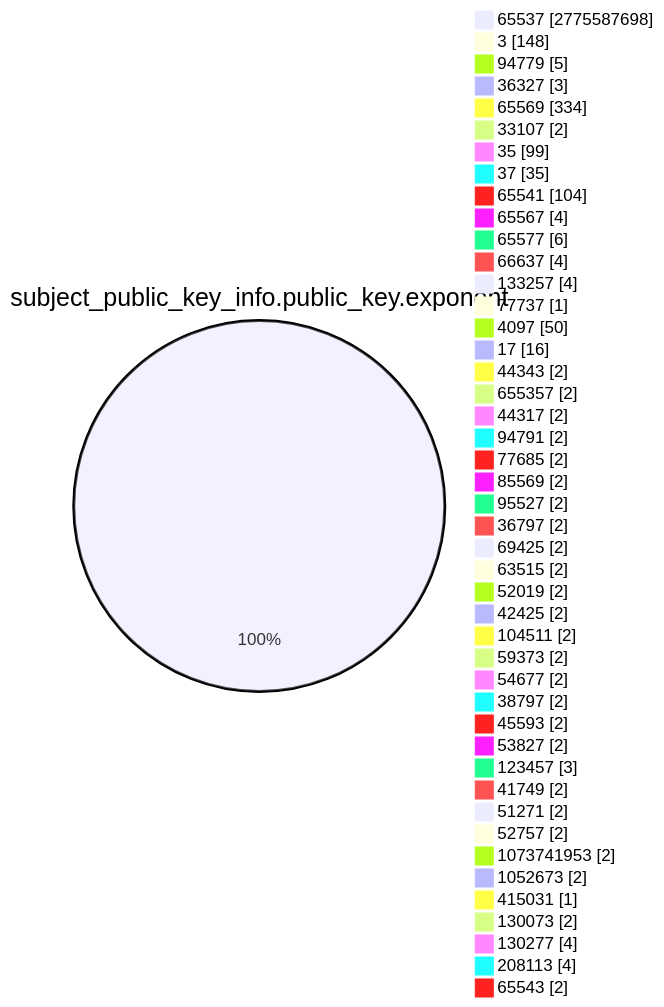
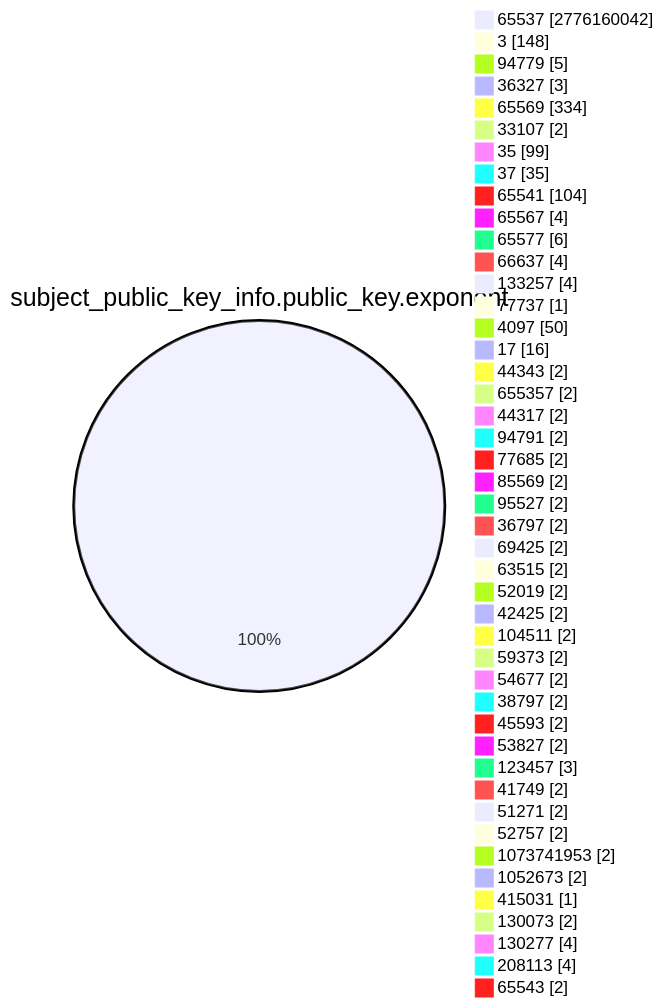
One commit to christiankrug/ctmonitor_visualization changed the fourth of 15 diagrams in TOTAL/README.md. Above: the diagram before and after it, drawn with Mermaid. The commit also changed other lines of this file, not shown here.

````diff
--- a/TOTAL/README.md
+++ b/TOTAL/README.md
@@ -1467,49 +1467,49 @@
 ```mermaid
 pie showData
 title subject_public_key_info.public_key.exponent
-"65537" :2775587698
+"65537" :2776160042
 "3" :148
 "94779" :5
 "36327" :3
 "65569" :334
 "33107" :2
 "35" :99
 "37" :35
 "65541" :104
 "65567" :4
 "65577" :6
 "66637" :4
 "133257" :4
 "77737" :1
 "4097" :50
 "17" :16
 "44343" :2
 "655357" :2
 "44317" :2
 "94791" :2
 "77685" :2
 "85569" :2
 "95527" :2
 "36797" :2
 "69425" :2
 "63515" :2
 "52019" :2
 "42425" :2
 "104511" :2
 "59373" :2
 "54677" :2
 "38797" :2
 "45593" :2
 "53827" :2
 "123457" :3
 "41749" :2
 "51271" :2
 "52757" :2
 "1073741953" :2
 "1052673" :2
 "415031" :1
 "130073" :2
 "130277" :4
 "208113" :4
 "65543" :2
 ```
````
